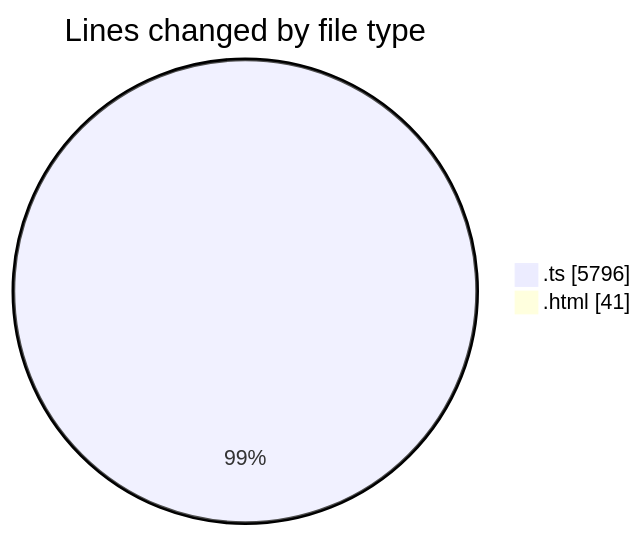
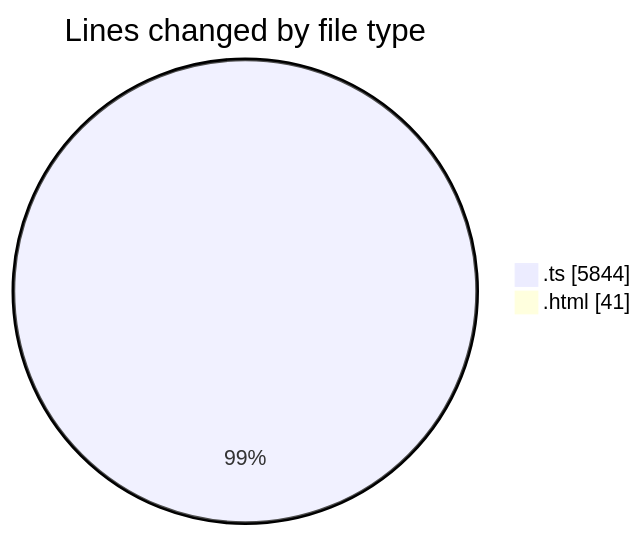
Before and after one commit to tmsrecording-cyber/code-tracking: the first of 2 diagrams in 2026-02-08/singularitybrainai/README.md, drawn with Mermaid. The commit also changed other lines of this file and 1 other file, not shown here.

````diff
--- a/2026-02-08/singularitybrainai/README.md
+++ b/2026-02-08/singularitybrainai/README.md
@@ -27,6 +27,6 @@
 ```mermaid
 pie showData
 title Lines changed by file type
-".ts" : 5796
+".ts" : 5844
 ".html" : 41
 ```
````
